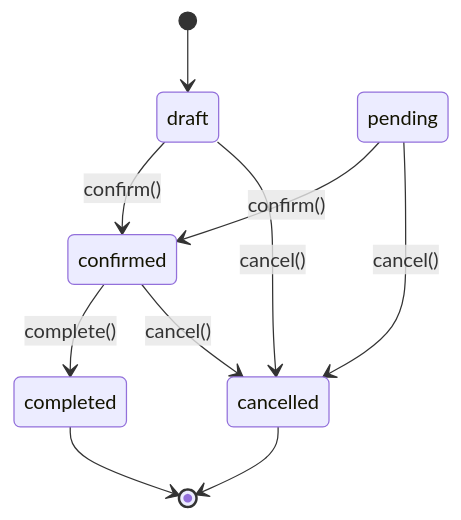
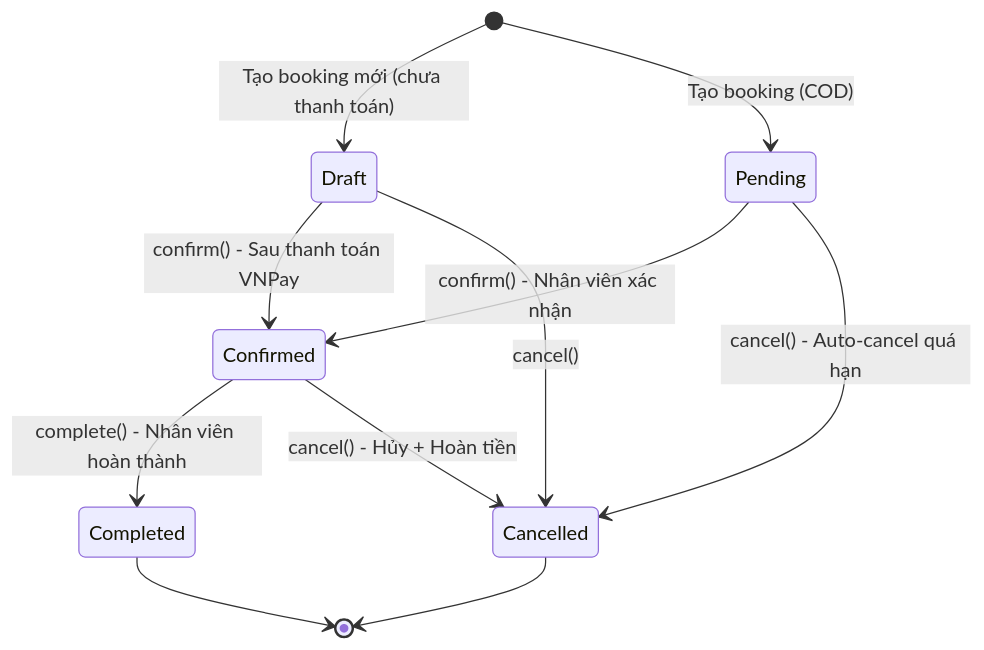
Before and after one commit to nguyensykimbang321-arch/KTvsTKPM: the second of 5 diagrams in docs/design-patterns.md, drawn with Mermaid. The commit also changed other lines of this file and 15 other files, not shown here.

````diff
--- a/docs/design-patterns.md
+++ b/docs/design-patterns.md
@@ -250,12 +153,17 @@
 ```mermaid
 stateDiagram-v2
-    [*] --> draft
-    draft --> confirmed : confirm()
-    draft --> cancelled : cancel()
-    pending --> confirmed : confirm()
-    pending --> cancelled : cancel()
-    confirmed --> completed : complete()
-    confirmed --> cancelled : cancel()
-    completed --> [*]
-    cancelled --> [*]
+    [*] --> Draft : Tạo booking mới (chưa thanh toán)
+    [*] --> Pending : Tạo booking (COD)
+    
+    Draft --> Confirmed : confirm() - Sau thanh toán VNPay
+    Draft --> Cancelled : cancel()
+    
+    Pending --> Confirmed : confirm() - Nhân viên xác nhận
+    Pending --> Cancelled : cancel() - Auto-cancel quá hạn
+    
+    Confirmed --> Completed : complete() - Nhân viên hoàn thành
+    Confirmed --> Cancelled : cancel() - Hủy + Hoàn tiền
+    
+    Completed --> [*]
+    Cancelled --> [*]
 ```
````
